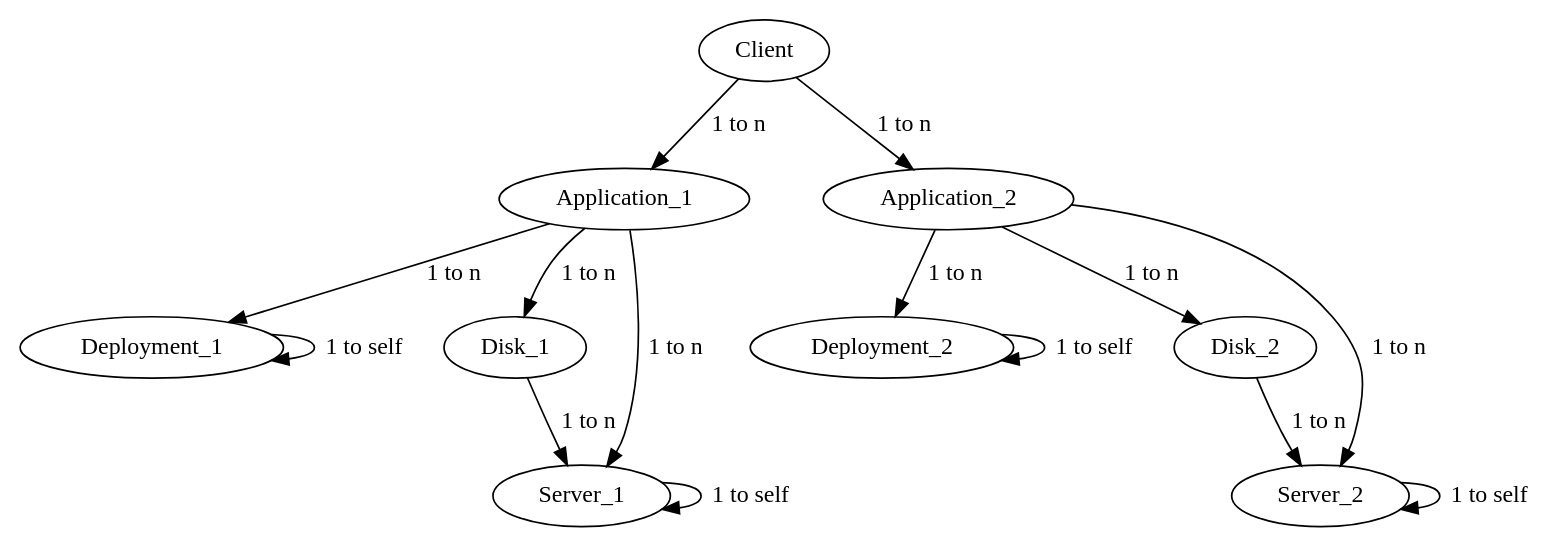
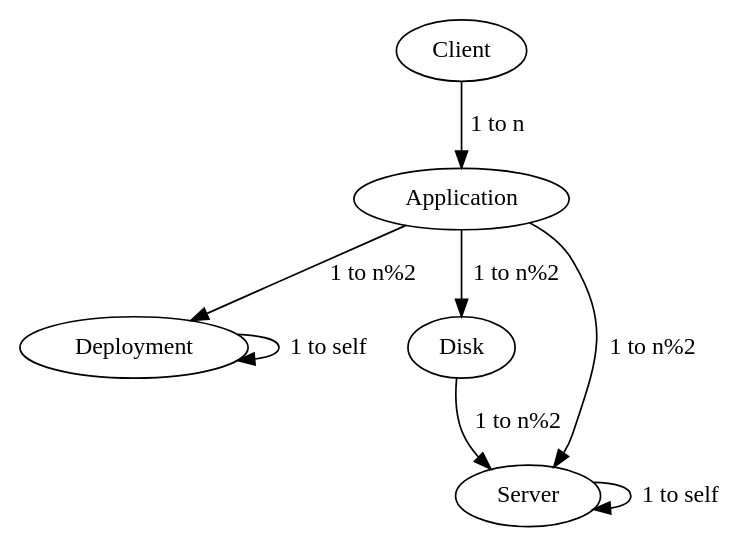
The diagram in examples/app.dot (ChrisSteinbach/kauffman), drawn with Graphviz before and after one commit. The commit also changed 2 other files, not shown here.

```diff
--- a/examples/app.dot
+++ b/examples/app.dot
@@ -1,44 +1,28 @@
 digraph "" {
 	node [label="\N"];
 	C	[func=one,
 		instances=1,
 		label=Client];
-	APP_1	[func="one(DB_1) & one(DP_1)",
+	APP	[func="one(DB) & one(DP)",
 		instances=4,
-		label=Application_1];
-	C -> APP_1	[label="1 to n"];
-	APP_2	[func="one(DB_2) & one(DP_2)",
-		instances=4,
-		label=Application_2];
-	C -> APP_2	[label="1 to n"];
-	DP_1	[func=copy,
-		instances=1,
-		label=Deployment_1];
-	DP_1 -> DP_1	[label="1 to self"];
-	DP_2	[func=copy,
-		instances=1,
-		label=Deployment_2];
-	DP_2 -> DP_2	[label="1 to self"];
-	APP_1 -> DP_1	[label="1 to n"];
-	DB_1	[func=one,
+		label=Application];
+	DP	[func=copy,
 		instances=2,
-		label=Disk_1];
-	APP_1 -> DB_1	[label="1 to n"];
-	S_1	[func=copy,
+		label=Deployment];
+	DB	[func=one,
+		instances=2,
+		label=Disk];
+	S	[func=copy,
 		instances=6,
-		label=Server_1];
-	APP_1 -> S_1	[label="1 to n"];
-	APP_2 -> DP_2	[label="1 to n"];
-	DB_2	[func=one,
-		instances=2,
-		label=Disk_2];
-	APP_2 -> DB_2	[label="1 to n"];
-	S_2	[func=copy,
-		instances=6,
-		label=Server_2];
-	APP_2 -> S_2	[label="1 to n"];
-	DB_1 -> S_1	[label="1 to n"];
-	DB_2 -> S_2	[label="1 to n"];
-	S_1 -> S_1	[label="1 to self"];
-	S_2 -> S_2	[label="1 to self"];
+		label=Server];
+
+	C -> APP	[label="1 to n"];
+
+	APP -> DP	[label="1 to n%2"];
+	APP -> S	[label="1 to n%2"];
+	APP -> DB	[label="1 to n%2"];
+	DB -> S	[label="1 to n%2"];
+
+	S -> S	[label="1 to self"];
+	DP -> DP	[label="1 to self"];
 }
```
